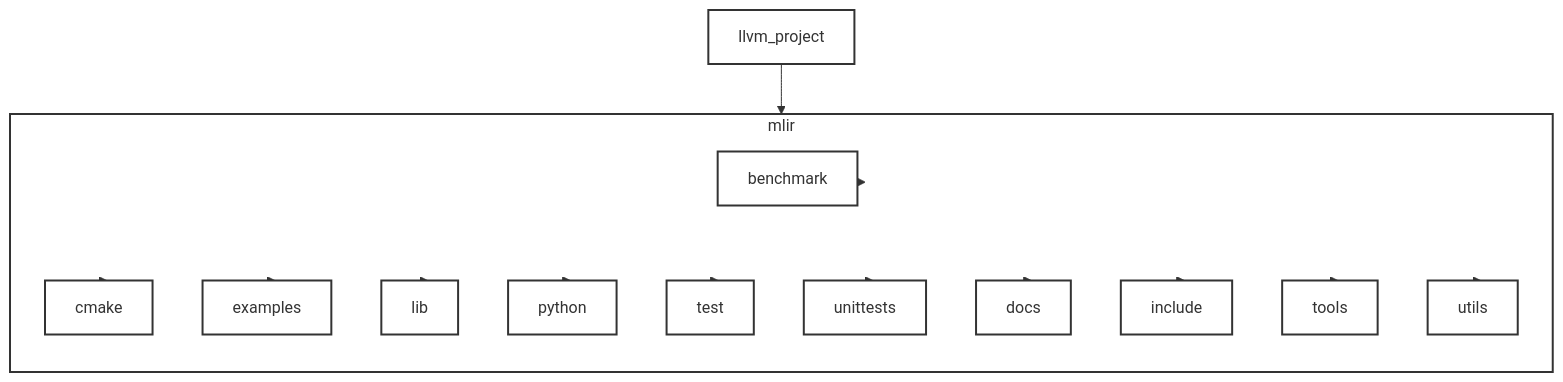
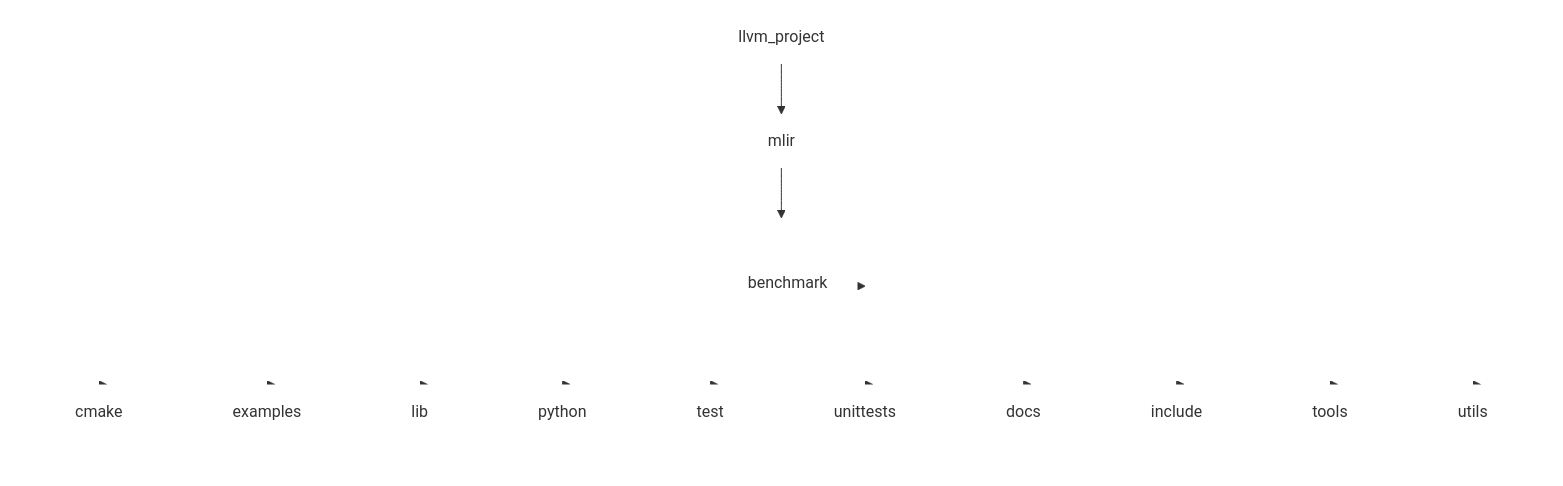
One commit to Ameya674/mlir_for_beginners changed the third of 3 diagrams in Introduction.md. Above: the diagram before and after it, drawn with Mermaid.

````diff
--- a/Introduction.md
+++ b/Introduction.md
@@ -142,38 +142,39 @@
 ```mermaid
 graph TD
   llvm_project["llvm_project"]
   mlir["mlir"]
 
   llvm_project --> mlir
 
-  subgraph mlir
+  subgraph mlir_subgraph[ ]
     direction TB
     benchmark
     cmake
     examples
     lib
     python
     test
     unittests
     docs
     include
     tools
     utils
   end
 
-  mlir --> benchmark
-  mlir --> cmake
-  mlir --> examples
-  mlir --> lib
-  mlir --> python
-  mlir --> test
-  mlir --> unittests
-  mlir --> docs
-  mlir --> include
-  mlir --> tools
-  mlir --> utils
+  mlir --> mlir_subgraph
 
-  classDef default fill:#fff,stroke:#333,stroke-width:2px;
-  class mlir,benchmark,cmake,examples,lib,python,test,unittests,docs,include,tools,utils default;
+  mlir_subgraph --> benchmark
+  mlir_subgraph --> cmake
+  mlir_subgraph --> examples
+  mlir_subgraph --> lib
+  mlir_subgraph --> python
+  mlir_subgraph --> test
+  mlir_subgraph --> unittests
+  mlir_subgraph --> docs
+  mlir_subgraph --> include
+  mlir_subgraph --> tools
+  mlir_subgraph --> utils
 
+  classDef default fill:#fff,stroke:#000,stroke-width:0px;
+  class mlir,mlir_subgraph default;
 ```
````
